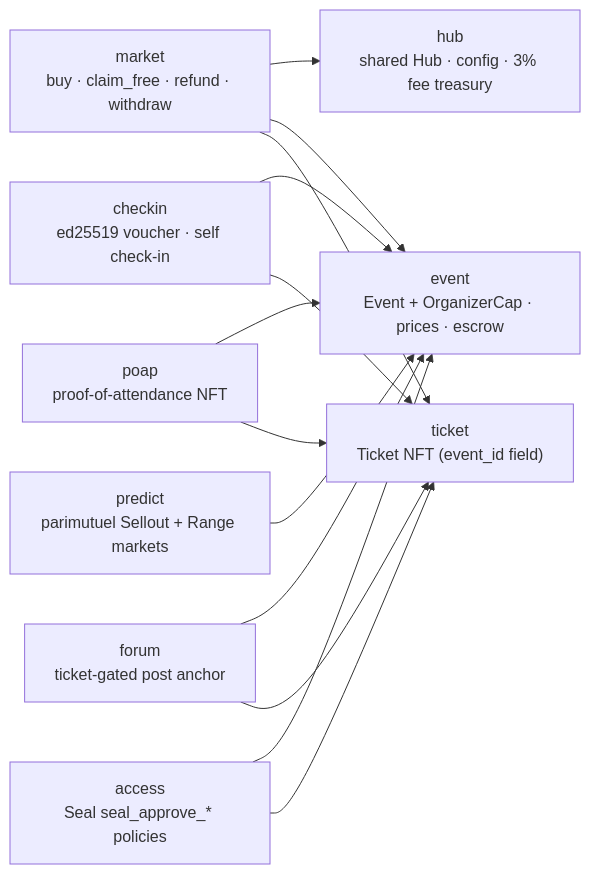
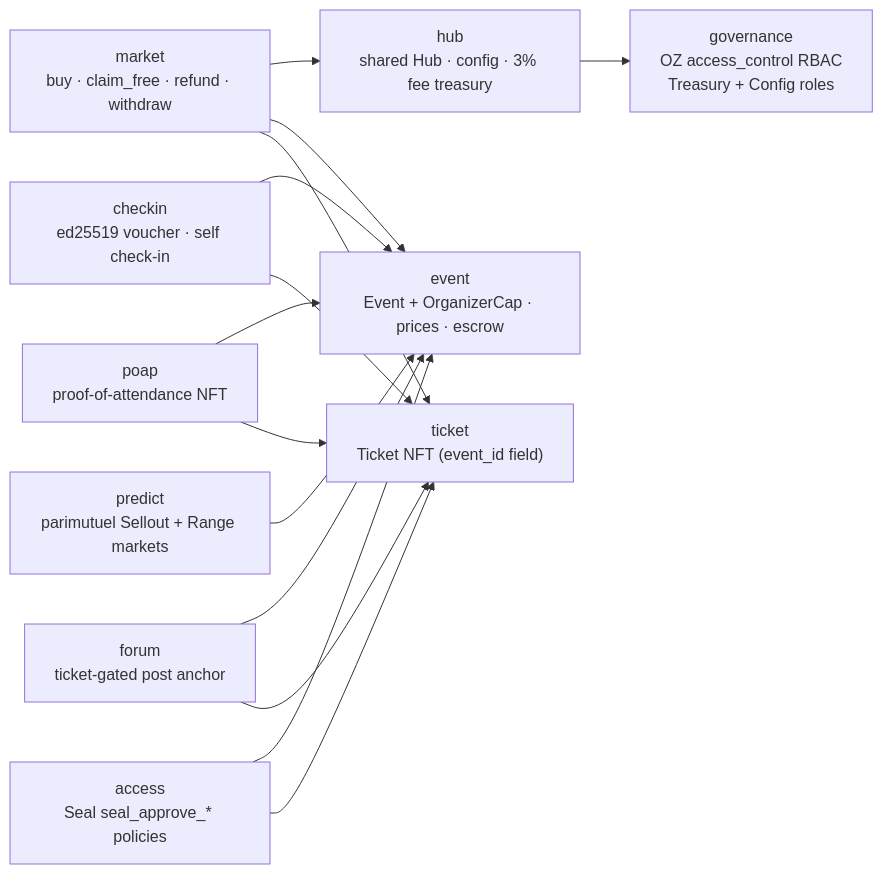
The second of 4 diagrams in README.md (hostit-events/hostit-sui), drawn with Mermaid before and after one commit. The commit also changed other lines of this file and 12 other files, not shown here.

First line of the commit message:
feat: adopt OpenZeppelin access_control (RBAC) for protocol roles (#51)

````diff
--- a/README.md
+++ b/README.md
@@ -58,25 +58,27 @@
 ```mermaid
 graph LR
   hub["hub<br/>shared Hub · config · 3% fee treasury"]
+  governance["governance<br/>OZ access_control RBAC<br/>Treasury + Config roles"]
   event["event<br/>Event + OrganizerCap · prices · escrow"]
   ticket["ticket<br/>Ticket NFT (event_id field)"]
   market["market<br/>buy · claim_free · refund · withdraw"]
   checkin["checkin<br/>ed25519 voucher · self check-in"]
   poap["poap<br/>proof-of-attendance NFT"]
   forum["forum<br/>ticket-gated post anchor"]
   access["access<br/>Seal seal_approve_* policies"]
   predict["predict<br/>parimutuel Sellout + Range markets"]
 
+  hub --> governance
   market --> hub
   market --> event
   market --> ticket
   checkin --> event
   checkin --> ticket
   poap --> event
   poap --> ticket
   forum --> event
   forum --> ticket
   access --> event
   access --> ticket
   predict --> event
 ```
````
